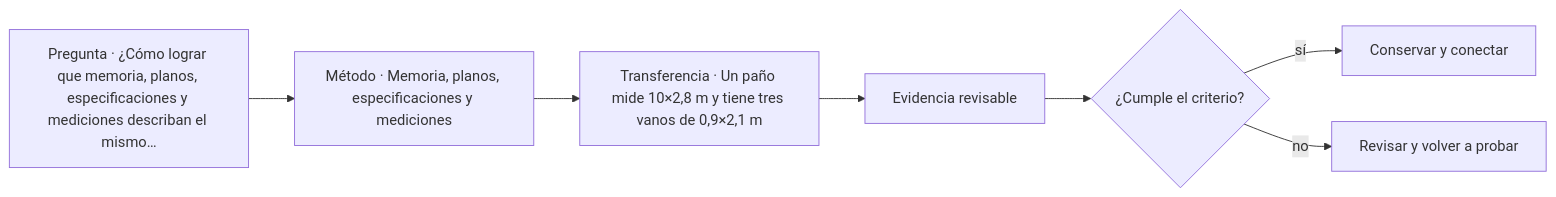
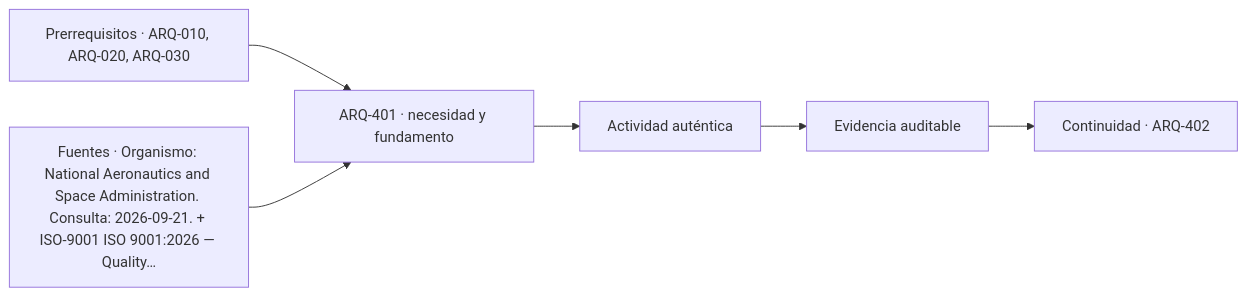
The diagram in classes/parte-41/ARQ-401.md (vladimiracunadev-create/architecture-built-environment-learning-program), drawn with Mermaid before and after one commit. The commit also changed other lines of this file and 761 other files, not shown here.

````diff
--- a/classes/parte-41/ARQ-401.md
+++ b/classes/parte-41/ARQ-401.md
@@ -91,9 +103,8 @@
 ```mermaid
 flowchart LR
-    Q["Pregunta · ¿Cómo lograr que memoria, planos, especificaciones y mediciones describan el mismo…"] --> M["Método · Memoria, planos, especificaciones y mediciones"]
-    M --> P["Transferencia · Un paño mide 10×2,8 m y tiene tres vanos de 0,9×2,1 m"]
-    P --> E["Evidencia revisable"]
-    E --> C{"¿Cumple el criterio?"}
-    C -->|sí| T["Conservar y conectar"]
-    C -->|no| R["Revisar y volver a probar"]
+    A["Prerrequisitos · ARQ-010, ARQ-020, ARQ-030"] --> B["ARQ-401 · necesidad y fundamento"]
+    S["Fuentes · Organismo: National Aeronautics and Space Administration. Consulta: 2026-09-21. + ISO-9001 ISO 9001:2026 — Quality…"] --> B
+    B --> C["Actividad auténtica"]
+    C --> D["Evidencia auditable"]
+    D --> E["Continuidad · ARQ-402"]
 ```
````
